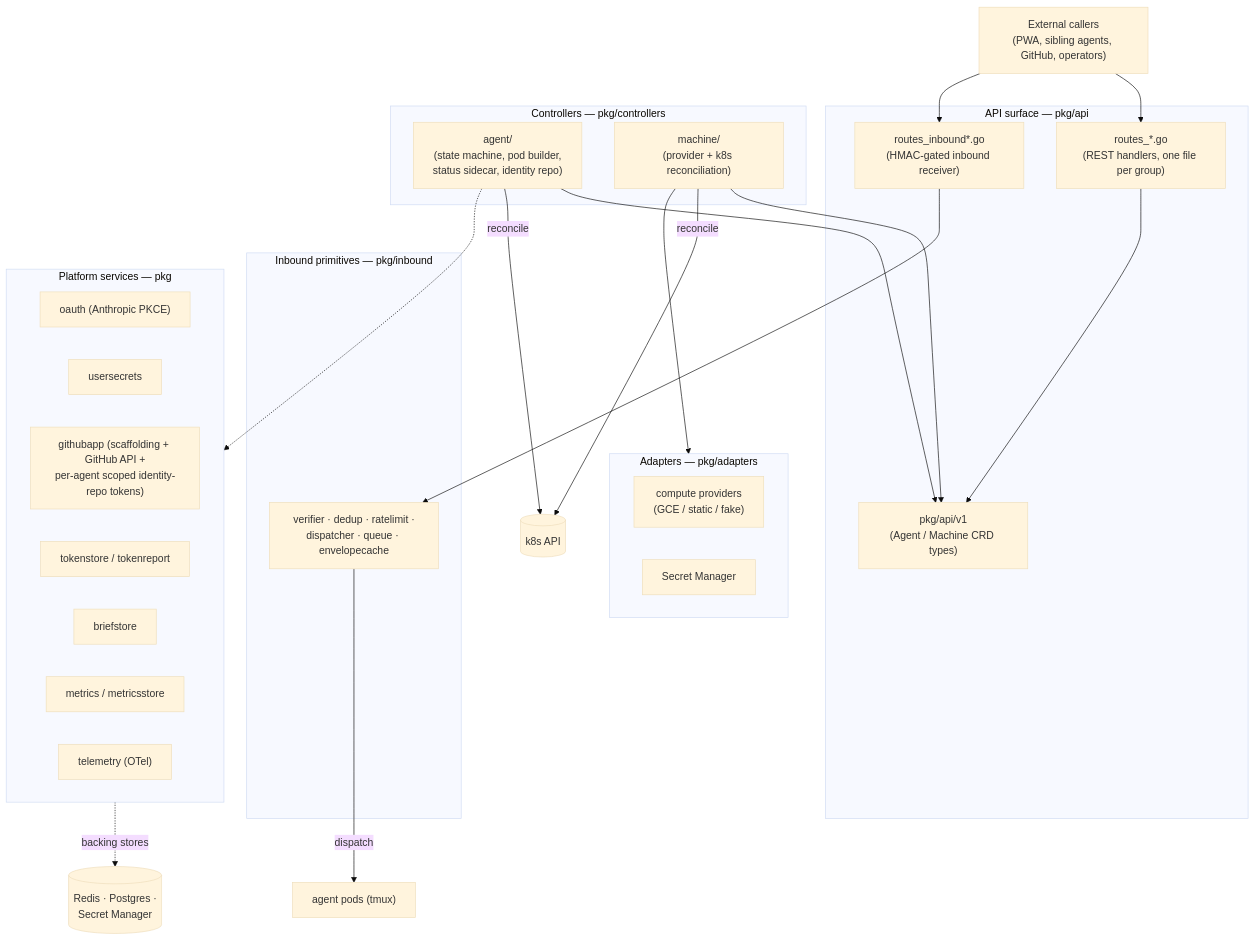
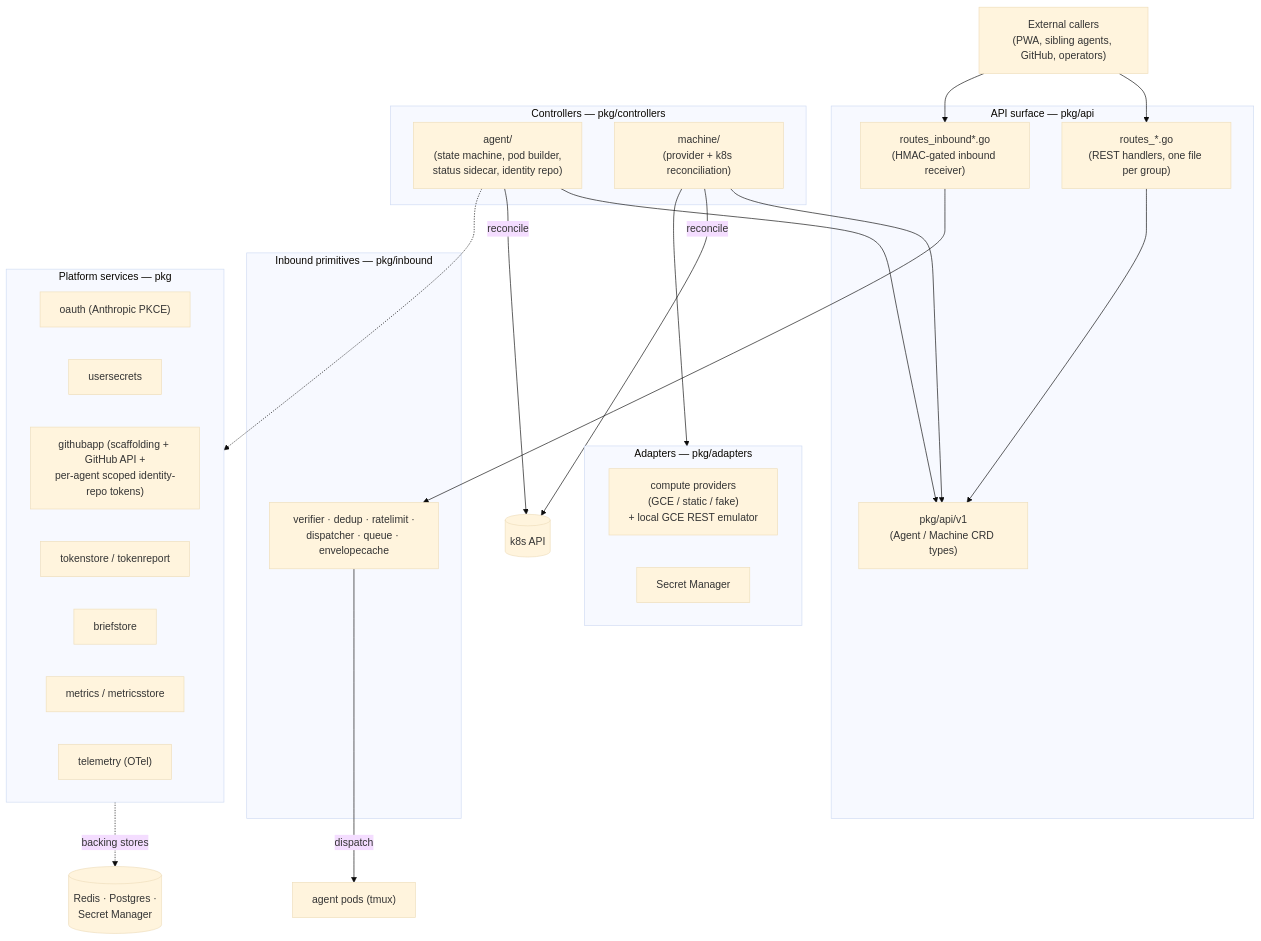
One commit to matty-v/kyber changed the first of 3 diagrams in docs/architecture/overview.md. Above: the diagram before and after it, drawn with Mermaid (base theme). The commit also changed 7 other files, not shown here.

Commit message:
docs: explain local compute testing modes

````diff
--- a/docs/architecture/overview.md
+++ b/docs/architecture/overview.md
@@ -82,47 +82,47 @@
 ```mermaid
 flowchart TB
     subgraph api["API surface — pkg/api"]
         routes["routes_*.go<br/>(REST handlers, one file per group)"]
         inboundroutes["routes_inbound*.go<br/>(HMAC-gated inbound receiver)"]
         types["pkg/api/v1<br/>(Agent / Machine CRD types)"]
     end
 
     subgraph ctrl["Controllers — pkg/controllers"]
         agentc["agent/<br/>(state machine, pod builder,<br/>status sidecar, identity repo)"]
         machinec["machine/<br/>(provider + k8s reconciliation)"]
     end
 
     subgraph inb["Inbound primitives — pkg/inbound"]
         prim["verifier · dedup · ratelimit ·<br/>dispatcher · queue · envelopecache"]
     end
 
     subgraph svc["Platform services — pkg"]
         oauth["oauth (Anthropic PKCE)"]
         usersecrets["usersecrets"]
         githubapp["githubapp (scaffolding + GitHub API +<br/>per-agent scoped identity-repo tokens)"]
         tokenstore["tokenstore / tokenreport"]
         briefstore["briefstore"]
         metrics["metrics / metricsstore"]
         telemetry["telemetry (OTel)"]
     end
 
     subgraph adapt["Adapters — pkg/adapters"]
-        gce["compute providers<br/>(GCE / static / fake)"]
+        gce["compute providers<br/>(GCE / static / fake)<br/>+ local GCE REST emulator"]
         sm["Secret Manager"]
     end
 
     ext["External callers<br/>(PWA, sibling agents, GitHub, operators)"] --> routes
     ext --> inboundroutes
     inboundroutes --> prim
     routes --> types
     agentc --> types
     machinec --> types
 
     agentc -->|reconcile| k8s[("k8s API")]
     machinec -->|reconcile| k8s
     machinec --> adapt
     prim -->|dispatch| pods["agent pods (tmux)"]
 
     svc -.->|backing stores| stores[("Redis · Postgres ·<br/>Secret Manager")]
     agentc -.-> svc
 ```
````
